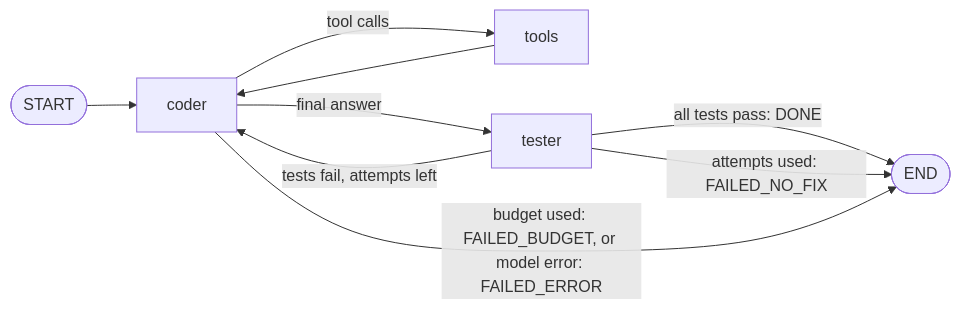
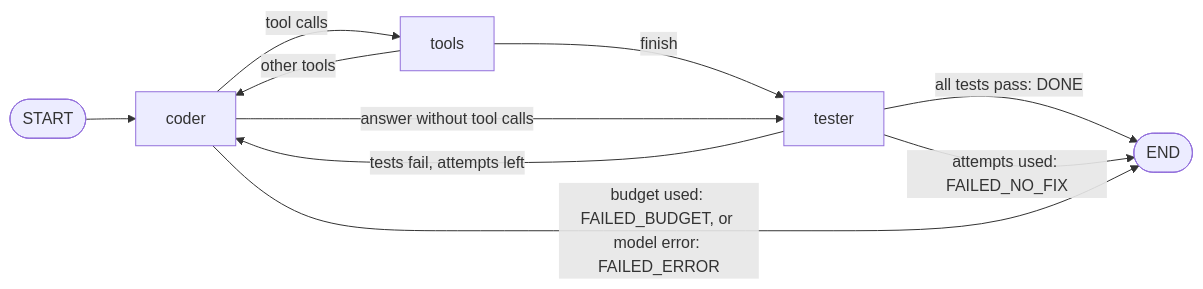
The diagram in README.md (akashkolte/Mergewright), drawn with Mermaid before and after one commit. The commit also changed other lines of this file and 425 other files, not shown here.

````diff
--- a/README.md
+++ b/README.md
@@ -111,11 +119,12 @@
 ```mermaid
 flowchart LR
     START([START]) --> coder
     coder -->|tool calls| tools
-    tools --> coder
-    coder -->|final answer| tester
+    tools -->|other tools| coder
+    tools -->|finish| tester
+    coder -->|answer without tool calls| tester
     tester -->|tests fail, attempts left| coder
     tester -->|all tests pass: DONE| END([END])
     tester -->|attempts used: FAILED_NO_FIX| END
     coder -->|budget used: FAILED_BUDGET, or model error: FAILED_ERROR| END
 ```
````
